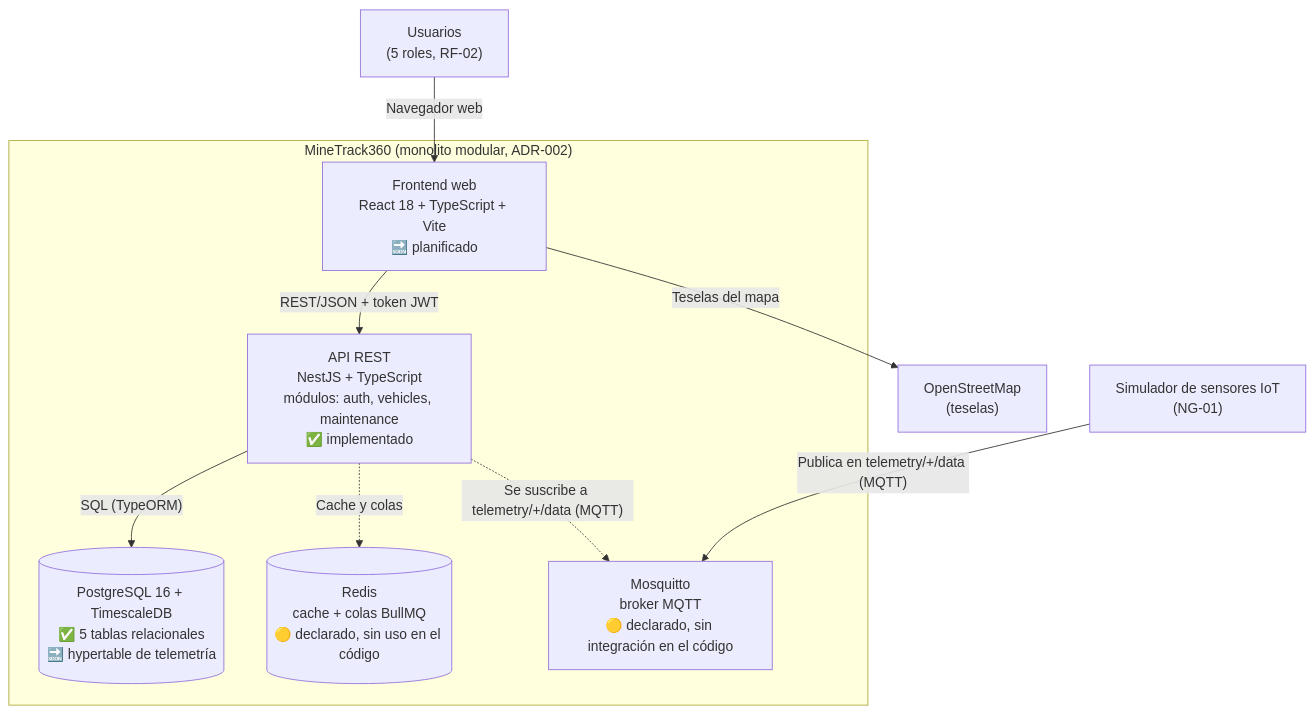
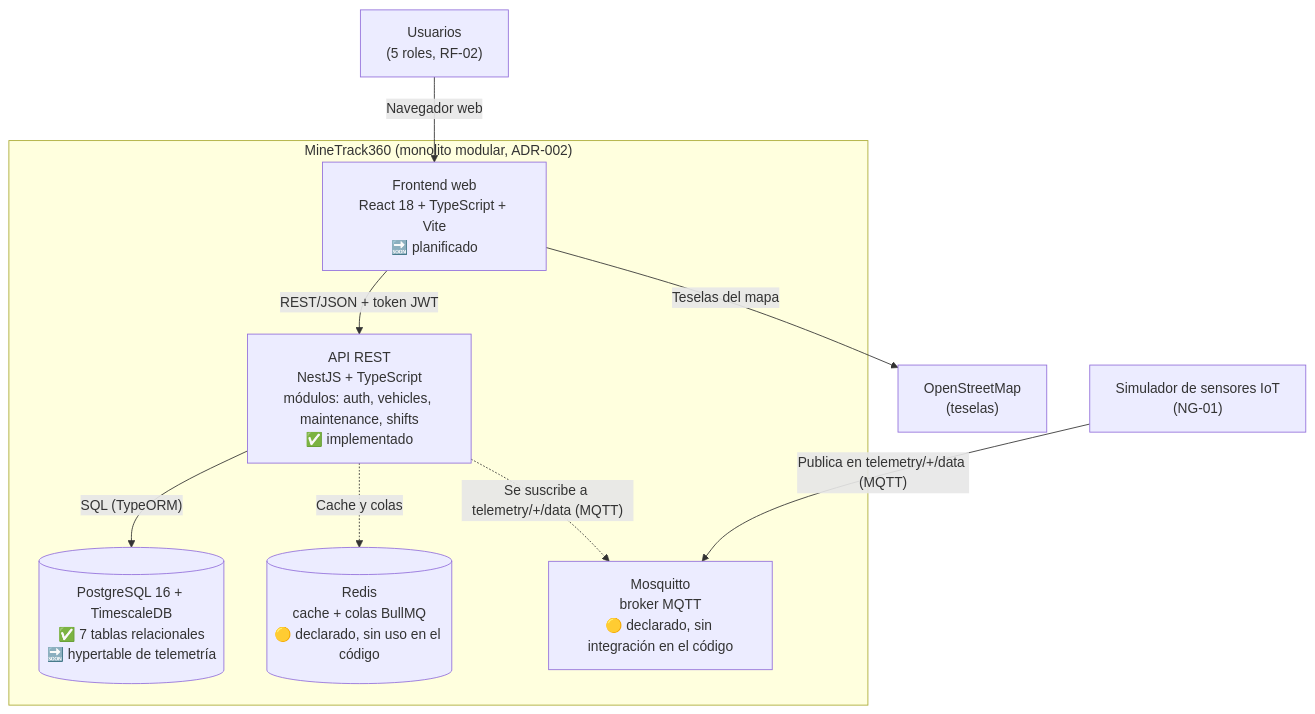
Before and after one commit to IES9018/camilaScheurer-MineTrack360: the diagram in docs/arquitectura/C4-contenedores.md, drawn with Mermaid. The commit also changed other lines of this file and 21 other files, not shown here.

````diff
--- a/docs/arquitectura/C4-contenedores.md
+++ b/docs/arquitectura/C4-contenedores.md
@@ -14,22 +14,22 @@
 ```mermaid
 flowchart TB
     user["Usuarios<br/>(5 roles, RF-02)"]
     sim["Simulador de sensores IoT<br/>(NG-01)"]
     osm["OpenStreetMap<br/>(teselas)"]
 
     subgraph sys["MineTrack360 (monolito modular, ADR-002)"]
         web["Frontend web<br/>React 18 + TypeScript + Vite<br/>🔜 planificado"]
-        api["API REST<br/>NestJS + TypeScript<br/>módulos: auth, vehicles, maintenance<br/>✅ implementado"]
-        db[("PostgreSQL 16 + TimescaleDB<br/>✅ 5 tablas relacionales<br/>🔜 hypertable de telemetría")]
+        api["API REST<br/>NestJS + TypeScript<br/>módulos: auth, vehicles, maintenance, shifts<br/>✅ implementado"]
+        db[("PostgreSQL 16 + TimescaleDB<br/>✅ 7 tablas relacionales<br/>🔜 hypertable de telemetría")]
         redis[("Redis<br/>cache + colas BullMQ<br/>🟡 declarado, sin uso en el código")]
         mqtt["Mosquitto<br/>broker MQTT<br/>🟡 declarado, sin integración en el código"]
     end
 
     user -->|"Navegador web"| web
     web -->|"REST/JSON + token JWT"| api
     web -->|"Teselas del mapa"| osm
     api -->|"SQL (TypeORM)"| db
     api -.->|"Cache y colas"| redis
     api -.->|"Se suscribe a telemetry/+/data (MQTT)"| mqtt
     sim -->|"Publica en telemetry/+/data (MQTT)"| mqtt
 ```
````
